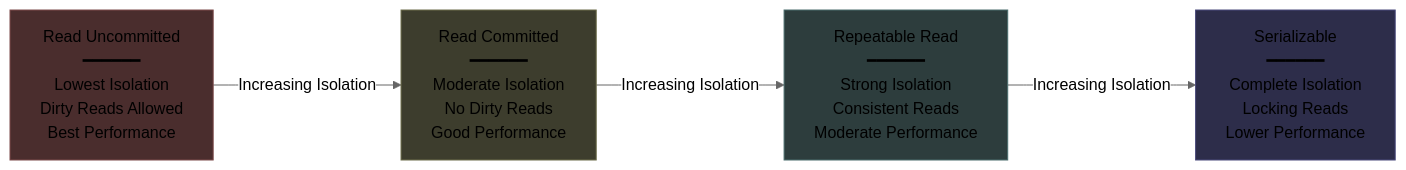
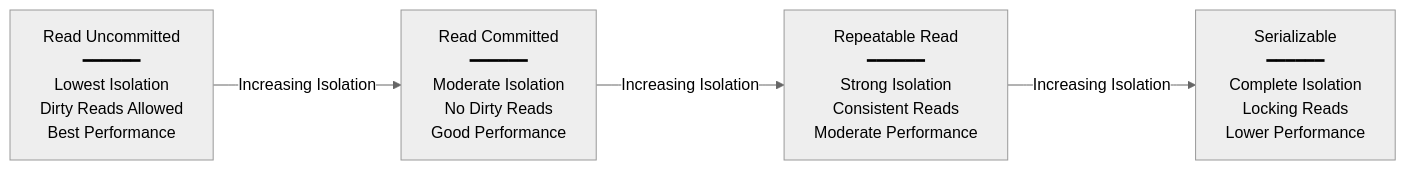
Before and after one commit to Yash-Kavaiya/The-System-Design-Masterclass: the second of 9 diagrams in system design beginner/6. Databse Isolation Levels.md, drawn with Mermaid (neutral theme). The commit also changed other lines of this file, not shown here.

````diff
--- a/system design beginner/6. Databse Isolation Levels.md
+++ b/system design beginner/6. Databse Isolation Levels.md
@@ -46,19 +41,15 @@
 ```mermaid
 graph LR
     RU[Read Uncommitted<br/>━━━━━━<br/>Lowest Isolation<br/>Dirty Reads Allowed<br/>Best Performance]
     
     RC[Read Committed<br/>━━━━━━<br/>Moderate Isolation<br/>No Dirty Reads<br/>Good Performance]
     
     RR[Repeatable Read<br/>━━━━━━<br/>Strong Isolation<br/>Consistent Reads<br/>Moderate Performance]
     
     S[Serializable<br/>━━━━━━<br/>Complete Isolation<br/>Locking Reads<br/>Lower Performance]
     
     RU -->|Increasing Isolation| RC
     RC -->|Increasing Isolation| RR
     RR -->|Increasing Isolation| S
     
-    style RU fill:#4a2d2d,stroke:#7c4a4a
-    style RC fill:#3d3d2d,stroke:#6d6d4a
-    style RR fill:#2d3d3d,stroke:#4a6d6d
-    style S fill:#2d2d4a,stroke:#4a4a7c
 ```
````
